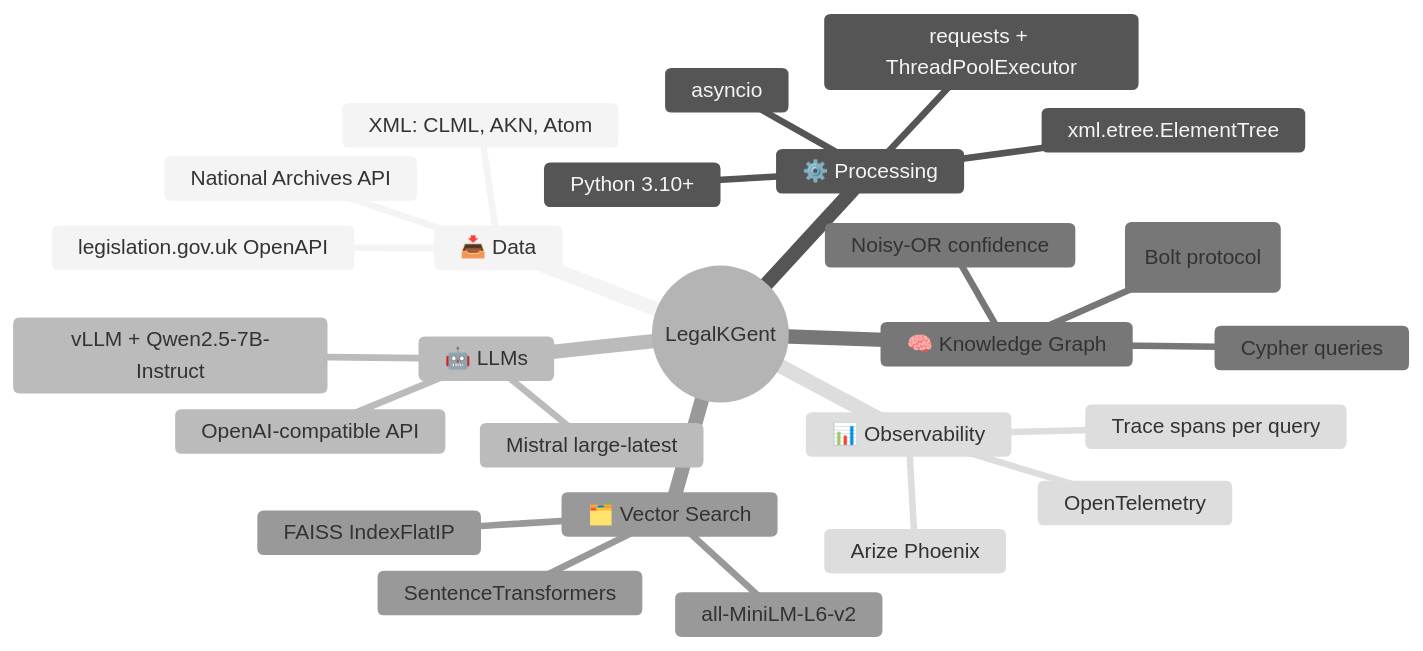
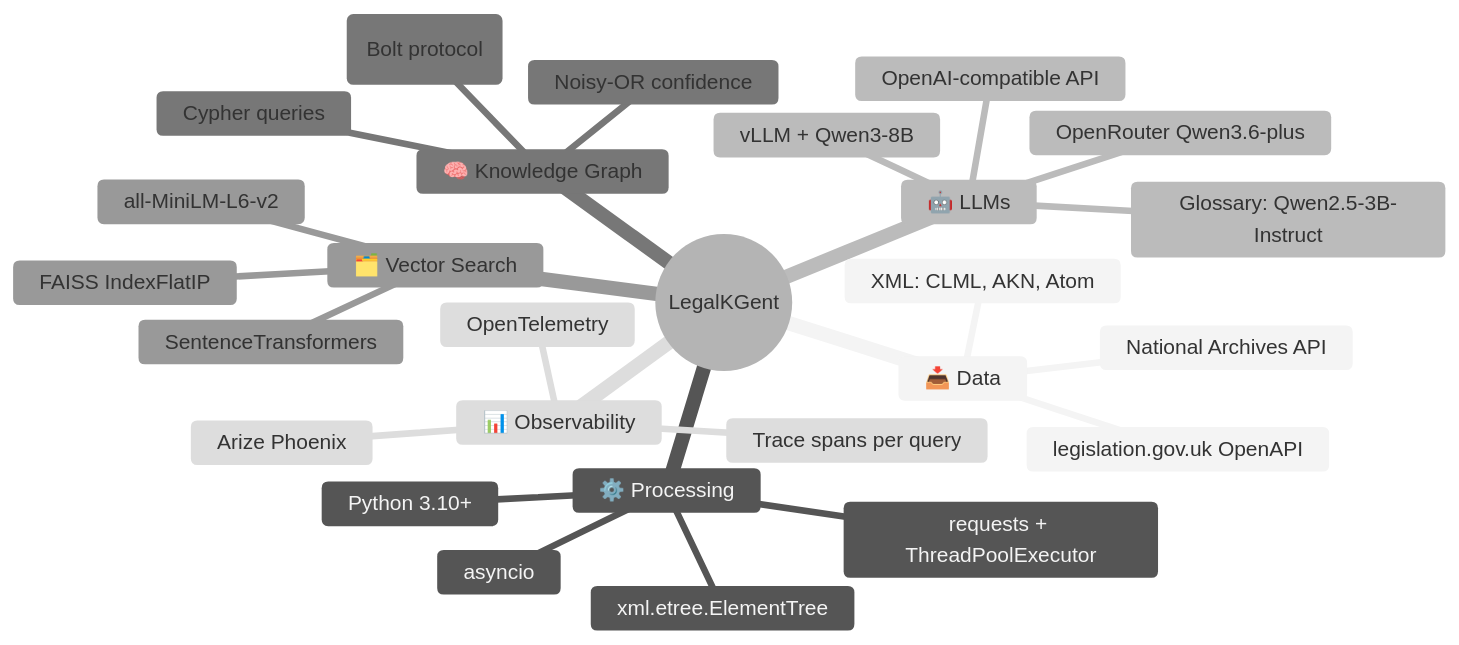
The fourth of 4 diagrams in documentation/07_evaluation_and_data_flow.md (suriya7913/PROJECT_app_ml), drawn with Mermaid (neutral theme) before and after one commit. The commit also changed other lines of this file and 29 other files, not shown here.

Commit message:
Refactor pipeline to use multi-agent GraphRAG and update documentation

````diff
--- a/documentation/07_evaluation_and_data_flow.md
+++ b/documentation/07_evaluation_and_data_flow.md
@@ -166,29 +169,30 @@
 ```mermaid
 mindmap
   root((LegalKGent))
     📥 Data
       legislation.gov.uk OpenAPI
       National Archives API
       XML: CLML, AKN, Atom
     ⚙️ Processing
       Python 3.10+
       xml.etree.ElementTree
       requests + ThreadPoolExecutor
       asyncio
     🤖 LLMs
-      vLLM + Qwen2.5-7B-Instruct
-      Mistral large-latest
+      vLLM + Qwen3-8B
+      Glossary: Qwen2.5-3B-Instruct
+      OpenRouter Qwen3.6-plus
       OpenAI-compatible API
     🧠 Knowledge Graph
       Neo4j (Bolt protocol)
       Cypher queries
       Noisy-OR confidence
     🗂️ Vector Search
       FAISS IndexFlatIP
       SentenceTransformers
       all-MiniLM-L6-v2
     📊 Observability
       Arize Phoenix
       OpenTelemetry
       Trace spans per query
 ```
````
